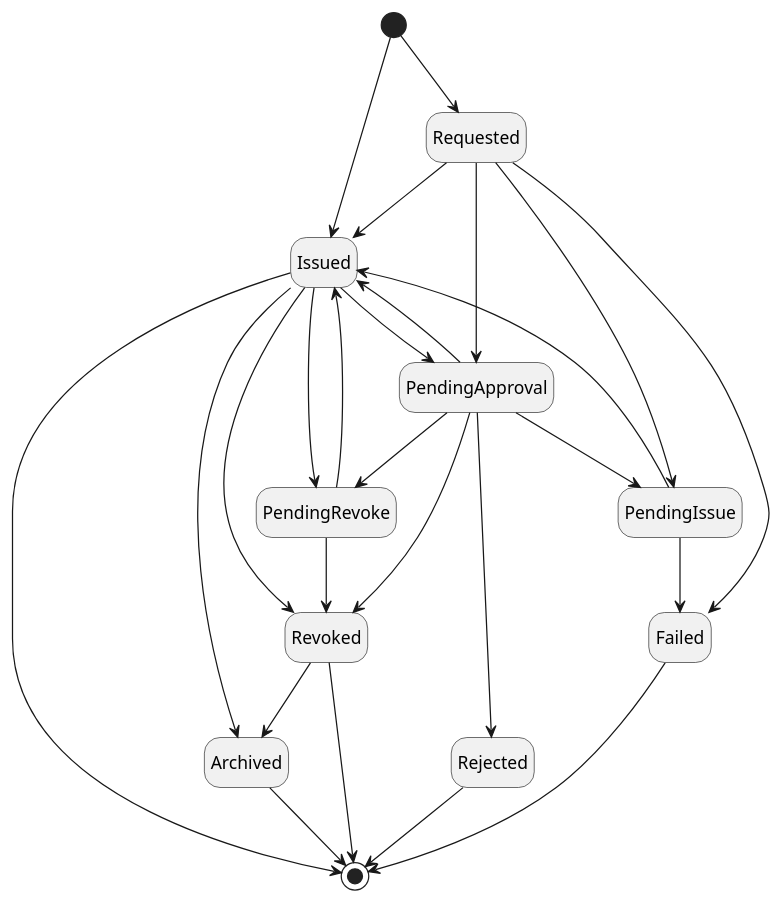
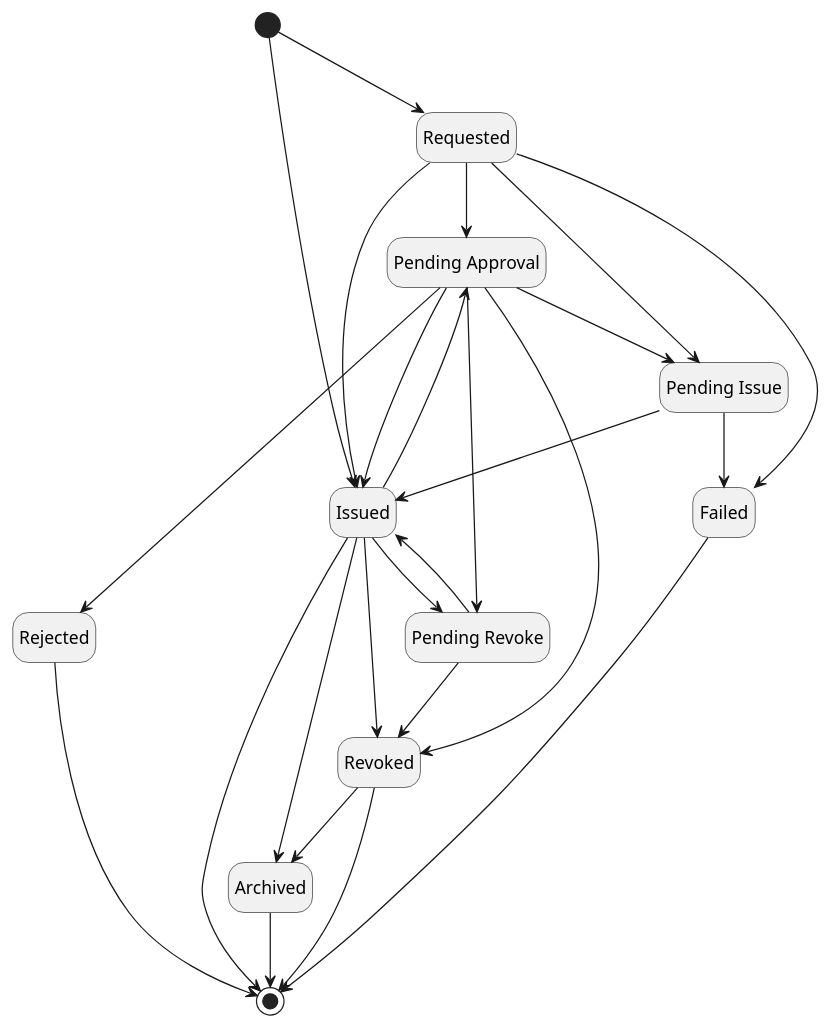
The first of 4 diagrams in docs/10-certificate-key/02-concept-design/04-core-components/12-certificate.md (CZERTAINLY/CZERTAINLY-Documentation), drawn with PlantUML before and after one commit. The commit also changed other lines of this file, not shown here.

````diff
--- a/docs/10-certificate-key/02-concept-design/04-core-components/12-certificate.md
+++ b/docs/10-certificate-key/02-concept-design/04-core-components/12-certificate.md
@@ -39,32 +39,36 @@
 ```plantuml
 @startuml
 hide empty description
+
+state "Pending Approval" as PendingApproval
+state "Pending Issue" as PendingIssue
+state "Pending Revoke" as PendingRevoke
 
   [*] --> Requested
   [*] --> Issued
   Requested --> Failed
   Requested --> PendingApproval
   Requested --> PendingIssue
   Requested --> Issued
   PendingApproval --> Rejected
   PendingApproval --> PendingIssue
   PendingApproval --> PendingRevoke
   PendingApproval --> Issued
   PendingApproval --> Revoked
   PendingIssue --> Failed
   PendingIssue --> Issued
   PendingRevoke --> Revoked
   PendingRevoke --> Issued
   Issued --> PendingApproval
   Issued --> PendingRevoke
   Issued --> Revoked
   Issued --> Archived
   Revoked --> Archived
   Rejected --> [*]
   Failed --> [*]
   Issued --> [*]
   Revoked --> [*]
   Archived --> [*]
 
 @enduml
 ```
````
